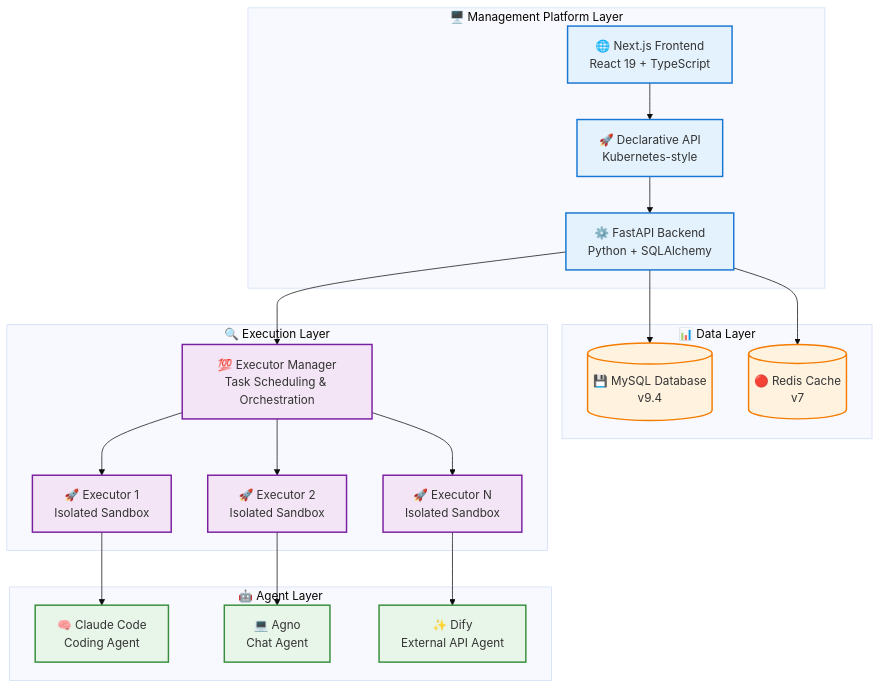
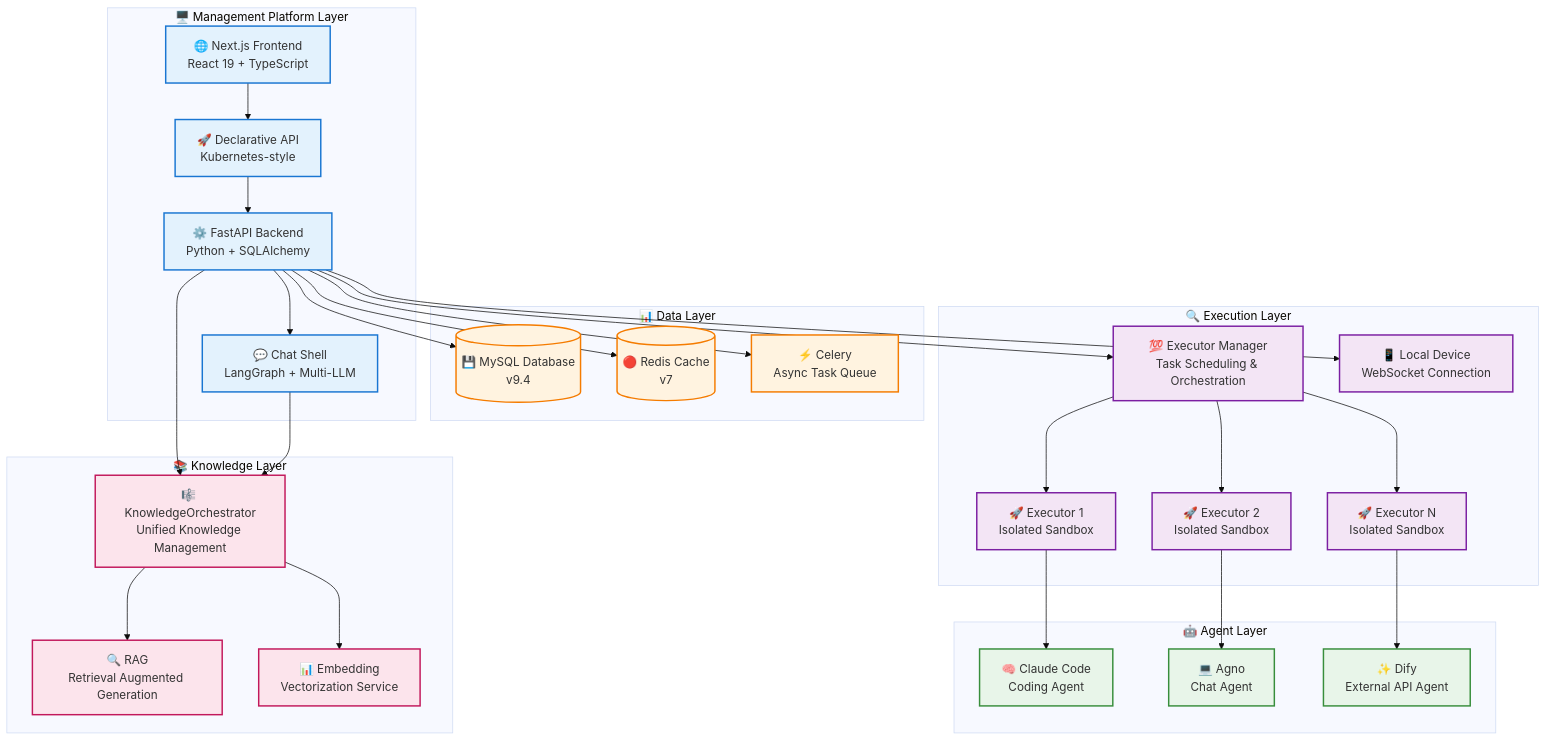
The first of 3 diagrams in docs/en/developer-guide/architecture.md (wecode-ai/Wegent), drawn with Mermaid (base theme) before and after one commit. The commit also changed other lines of this file and 3 other files, not shown here.

First line of the commit message:
docs: update architecture documentation with latest features

````diff
--- a/docs/en/developer-guide/architecture.md
+++ b/docs/en/developer-guide/architecture.md
@@ -28,53 +28,72 @@
 ```mermaid
 graph TB
     subgraph "🖥️ Management Platform Layer"
         Frontend["🌐 Next.js Frontend<br/>React 19 + TypeScript"]
         Backend["⚙️ FastAPI Backend<br/>Python + SQLAlchemy"]
+        ChatShell["💬 Chat Shell<br/>LangGraph + Multi-LLM"]
         API["🚀 Declarative API<br/>Kubernetes-style"]
     end
 
     subgraph "📊 Data Layer"
         MySQL[("💾 MySQL Database<br/>v9.4")]
         Redis[("🔴 Redis Cache<br/>v7")]
+        Celery["⚡ Celery<br/>Async Task Queue"]
     end
 
     subgraph "🔍 Execution Layer"
         ExecutorManager["💯 Executor Manager<br/>Task Scheduling & Orchestration"]
         Executor1["🚀 Executor 1<br/>Isolated Sandbox"]
         Executor2["🚀 Executor 2<br/>Isolated Sandbox"]
         ExecutorN["🚀 Executor N<br/>Isolated Sandbox"]
+        LocalDevice["📱 Local Device<br/>WebSocket Connection"]
     end
 
     subgraph "🤖 Agent Layer"
         Claude["🧠 Claude Code<br/>Coding Agent"]
         Agno["💻 Agno<br/>Chat Agent"]
         Dify["✨ Dify<br/>External API Agent"]
     end
 
+    subgraph "📚 Knowledge Layer"
+        KnowledgeOrch["🎼 KnowledgeOrchestrator<br/>Unified Knowledge Management"]
+        RAG["🔍 RAG<br/>Retrieval Augmented Generation"]
+        Embedding["📊 Embedding<br/>Vectorization Service"]
+    end
 
     %% System Interactions
     Frontend --> API
     API --> Backend
+    Backend --> ChatShell
     Backend --> MySQL
     Backend --> Redis
+    Backend --> Celery
     Backend --> ExecutorManager
+    Backend --> KnowledgeOrch
     ExecutorManager --> Executor1
     ExecutorManager --> Executor2
     ExecutorManager --> ExecutorN
+    Backend --> LocalDevice
 
     %% AI Program Integration
     Executor1 --> Claude
     Executor2 --> Agno
     ExecutorN --> Dify
 
+    %% Knowledge Layer Integration
+    KnowledgeOrch --> RAG
+    KnowledgeOrch --> Embedding
+    ChatShell --> KnowledgeOrch
+
     %% Styling
     classDef platform fill:#e3f2fd,stroke:#1976d2,stroke-width:2px
     classDef data fill:#fff3e0,stroke:#f57c00,stroke-width:2px
     classDef execution fill:#f3e5f5,stroke:#7b1fa2,stroke-width:2px
     classDef agent fill:#e8f5e9,stroke:#388e3c,stroke-width:2px
+    classDef knowledge fill:#fce4ec,stroke:#c2185b,stroke-width:2px
 
-    class Frontend,Backend,API platform
-    class MySQL,Redis data
-    class ExecutorManager,Executor1,Executor2,ExecutorN execution
+    class Frontend,Backend,ChatShell,API platform
+    class MySQL,Redis,Celery data
+    class ExecutorManager,Executor1,Executor2,ExecutorN,LocalDevice execution
     class Claude,Agno,Dify agent
+    class KnowledgeOrch,RAG,Embedding knowledge
 ```
````
